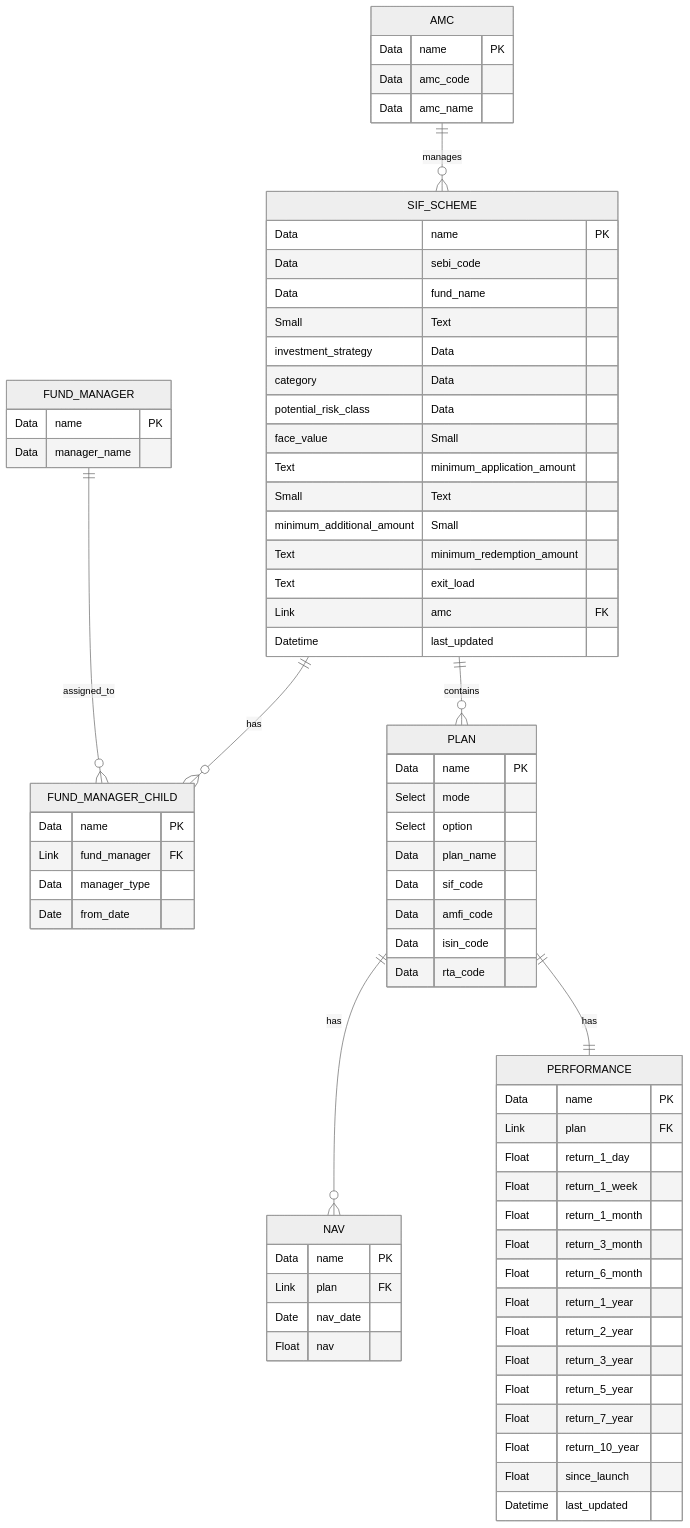
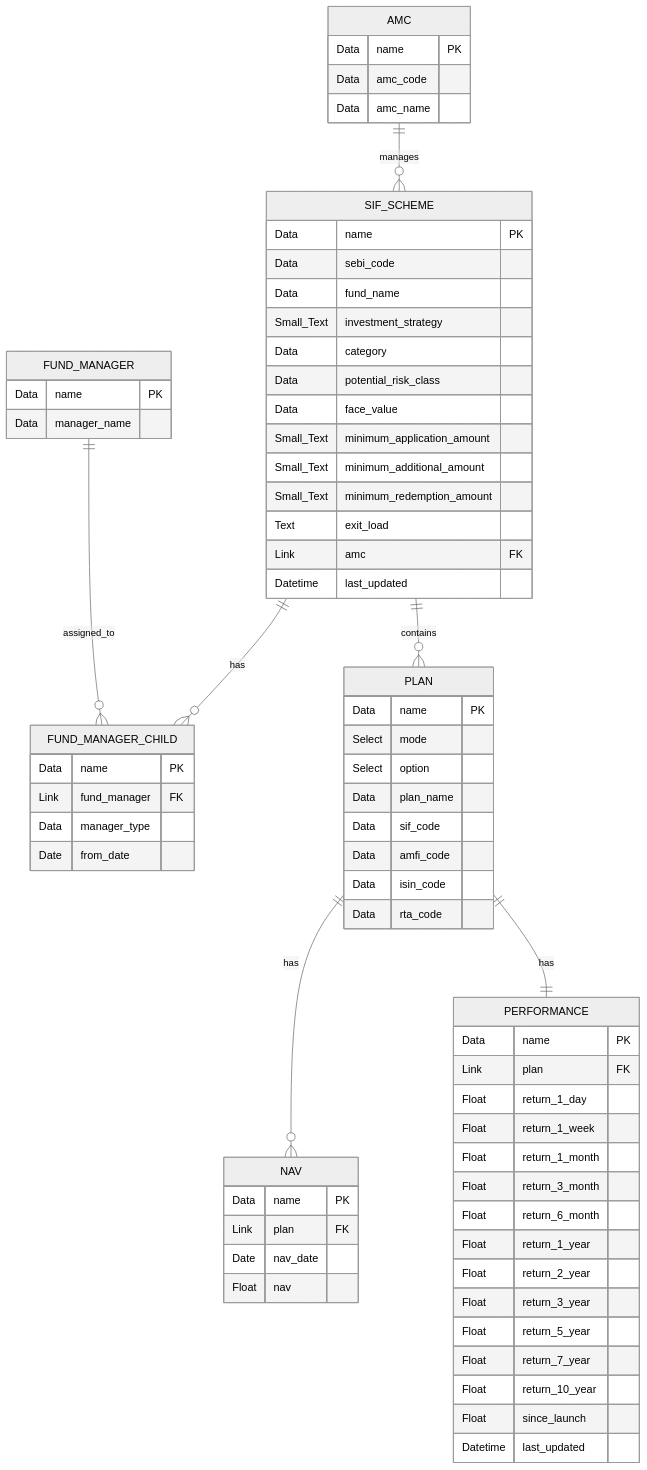
The diagram in sif_app/DOCTYPE architecture ER diagram.md (Satyam4755/My_SIF), drawn with Mermaid (neutral theme) before and after one commit.

Commit message:
added all the doctypes under according to the ER diagram 2.0.1

```diff
--- a/sif_app/DOCTYPE architecture ER diagram.md
+++ b/sif_app/DOCTYPE architecture ER diagram.md
@@ -35,14 +35,14 @@
         Data name PK
         Data sebi_code
         Data fund_name
-        Small Text investment_strategy
+        Small_Text investment_strategy
         Data category
         Data potential_risk_class
         Data face_value
 
-        Small Text minimum_application_amount
-        Small Text minimum_additional_amount
-        Small Text minimum_redemption_amount
+        Small_Text minimum_application_amount
+        Small_Text minimum_additional_amount
+        Small_Text minimum_redemption_amount
 
         Text exit_load
 
```
